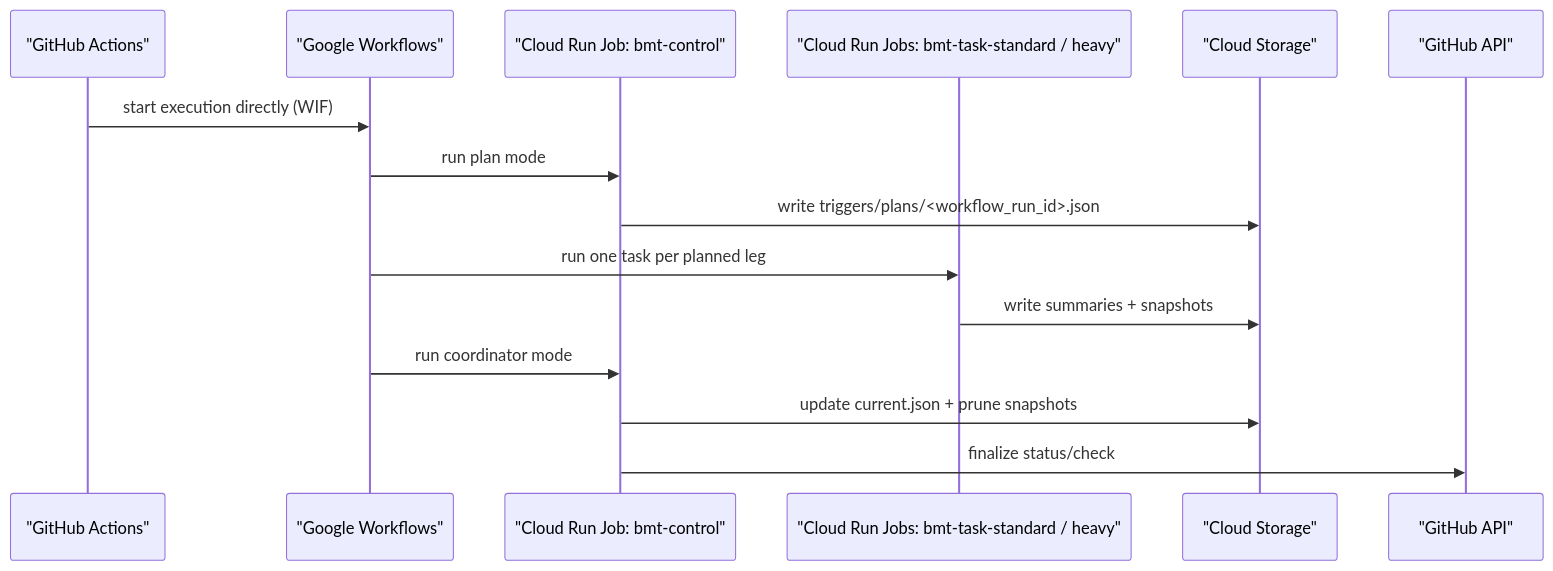
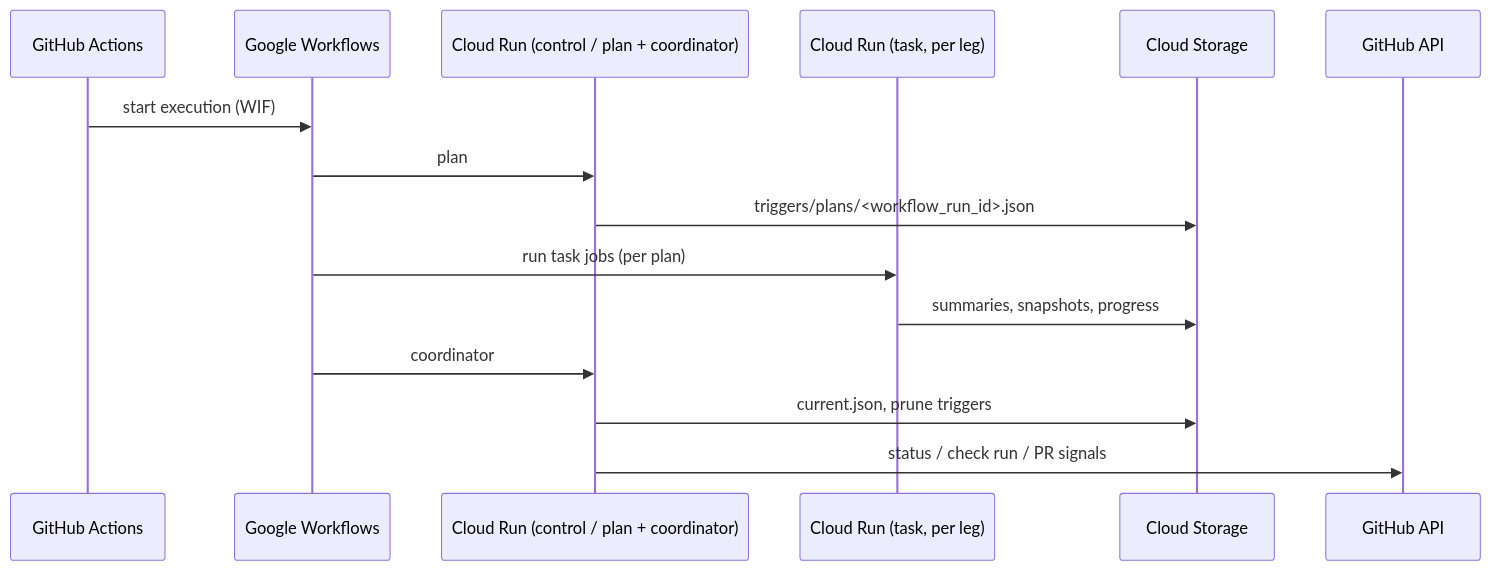
Before and after one commit to klugman-yanai/bmt-gate-sandbox: the diagram in docs/architecture.md, drawn with Mermaid. The commit also changed other lines of this file and 212 other files, not shown here.

````diff
--- a/docs/architecture.md
+++ b/docs/architecture.md
@@ -5,18 +11,18 @@
 ```mermaid
 sequenceDiagram
-    participant GH as "GitHub Actions"
-    participant WF as "Google Workflows"
-    participant CTRL as "Cloud Run Job: bmt-control"
-    participant TASKS as "Cloud Run Jobs: bmt-task-standard / heavy"
-    participant GCS as "Cloud Storage"
-    participant API as "GitHub API"
+    participant GH as GitHub Actions
+    participant WF as Google Workflows
+    participant CTRL as Cloud Run (control / plan + coordinator)
+    participant TASK as Cloud Run (task, per leg)
+    participant GCS as Cloud Storage
+    participant API as GitHub API
 
-    GH->>WF: start execution directly (WIF)
-    WF->>CTRL: run plan mode
-    CTRL->>GCS: write triggers/plans/<workflow_run_id>.json
-    WF->>TASKS: run one task per planned leg
-    TASKS->>GCS: write summaries + snapshots
-    WF->>CTRL: run coordinator mode
-    CTRL->>GCS: update current.json + prune snapshots
-    CTRL->>API: finalize status/check
+    GH->>WF: start execution (WIF)
+    WF->>CTRL: plan
+    CTRL->>GCS: triggers/plans/<workflow_run_id>.json
+    WF->>TASK: run task jobs (per plan)
+    TASK->>GCS: summaries, snapshots, progress
+    WF->>CTRL: coordinator
+    CTRL->>GCS: current.json, prune triggers
+    CTRL->>API: status / check run / PR signals
 ```
````
